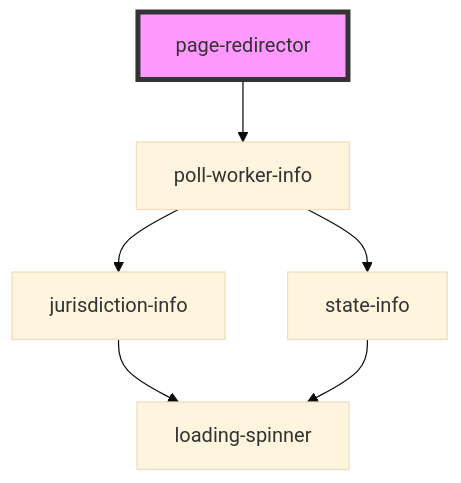
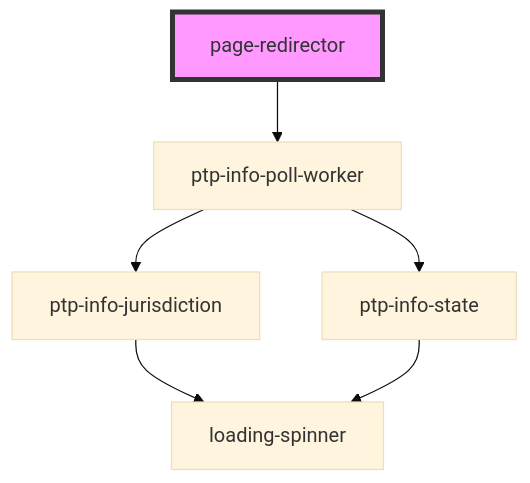
Before and after one commit to pizza-to-the-polls/power-the-polls: the diagram in site/src/components/page-redirector/readme.md, drawn with Mermaid (base theme). The commit also changed other lines of this file and 28 other files, not shown here.

Commit message:
refactoring to try to consolidate things around state and jurisdiction info

````diff
--- a/site/src/components/page-redirector/readme.md
+++ b/site/src/components/page-redirector/readme.md
@@ -15,9 +15,9 @@
 ```mermaid
 graph TD;
-  page-redirector --> poll-worker-info
-  poll-worker-info --> jurisdiction-info
-  poll-worker-info --> state-info
-  jurisdiction-info --> loading-spinner
-  state-info --> loading-spinner
+  page-redirector --> ptp-info-poll-worker
+  ptp-info-poll-worker --> ptp-info-jurisdiction
+  ptp-info-poll-worker --> ptp-info-state
+  ptp-info-jurisdiction --> loading-spinner
+  ptp-info-state --> loading-spinner
   style page-redirector fill:#f9f,stroke:#333,stroke-width:4px
 ```
````
